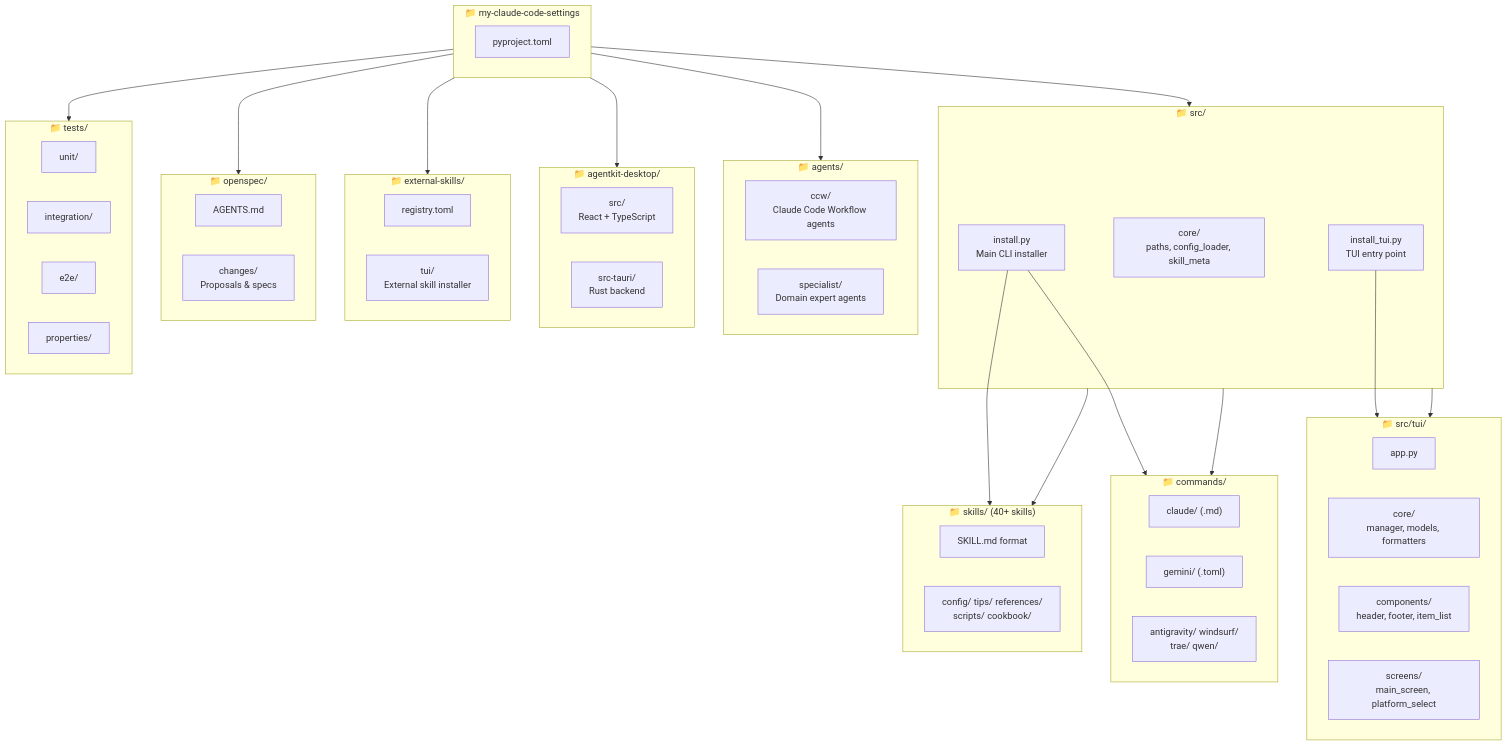
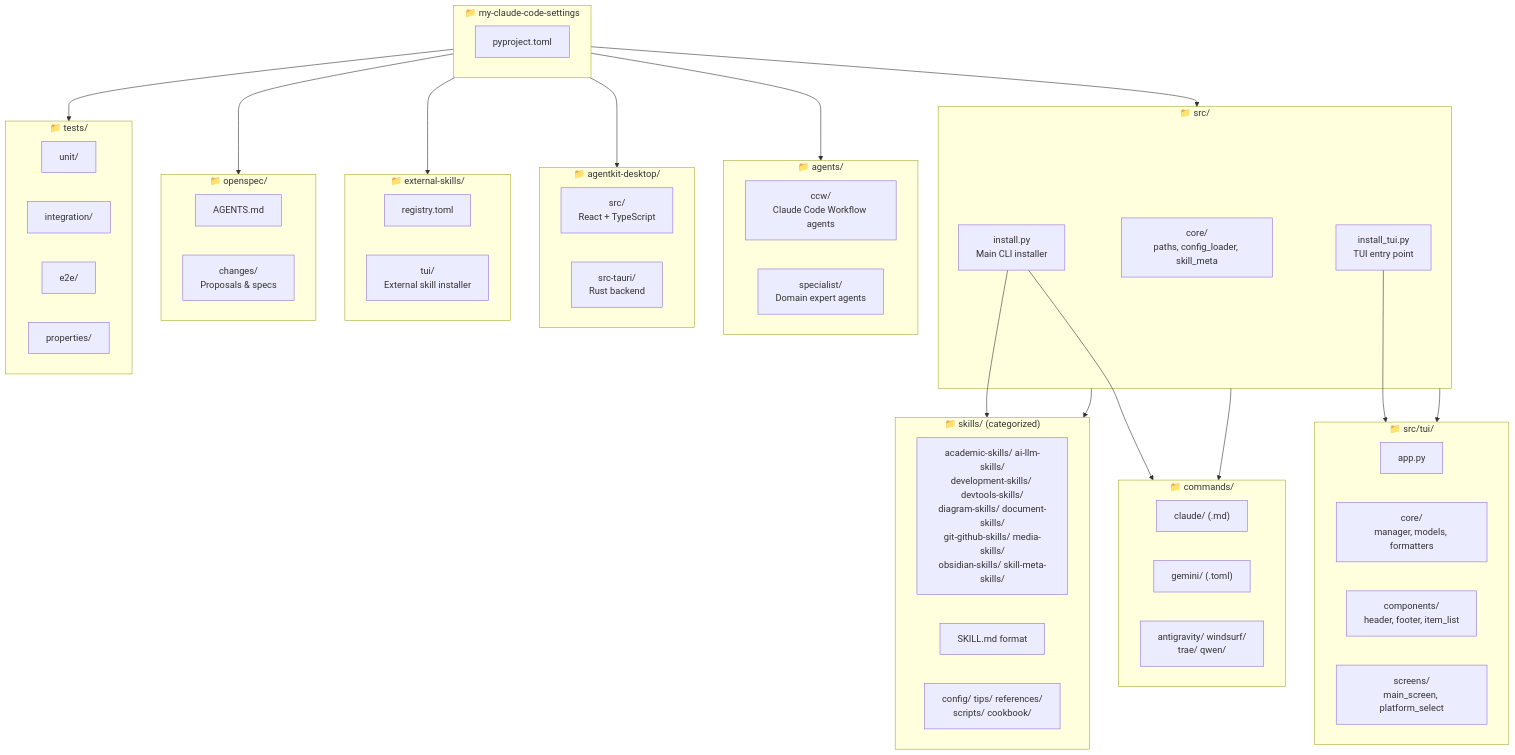
The diagram in CLAUDE.md (bahayonghang/my-ai-cli-toolkit), drawn with Mermaid before and after one commit. The commit also changed other lines of this file and 1 other file, not shown here.

````diff
--- a/CLAUDE.md
+++ b/CLAUDE.md
@@ -38,71 +38,72 @@
 ```mermaid
 graph TB
     subgraph Root["📁 my-claude-code-settings"]
         pyproject["pyproject.toml"]
     end
 
     subgraph Src["📁 src/"]
         install["install.py<br/>Main CLI installer"]
         install_tui["install_tui.py<br/>TUI entry point"]
         core_mod["core/<br/>paths, config_loader, skill_meta"]
     end
 
-    subgraph Skills["📁 skills/ (40+ skills)"]
+    subgraph Skills["📁 skills/ (categorized)"]
+        skill_cats["academic-skills/ ai-llm-skills/<br/>development-skills/ devtools-skills/<br/>diagram-skills/ document-skills/<br/>git-github-skills/ media-skills/<br/>obsidian-skills/ skill-meta-skills/"]
         skill_md["SKILL.md format"]
         skill_dirs["config/ tips/ references/<br/>scripts/ cookbook/"]
     end
 
     subgraph Commands["📁 commands/"]
         claude_cmd["claude/ (.md)"]
         gemini_cmd["gemini/ (.toml)"]
         other_cmd["antigravity/ windsurf/<br/>trae/ qwen/"]
     end
 
     subgraph TUI["📁 src/tui/"]
         tui_app["app.py"]
         tui_core["core/<br/>manager, models, formatters"]
         tui_comp["components/<br/>header, footer, item_list"]
         tui_screens["screens/<br/>main_screen, platform_select"]
     end
 
     subgraph Agents["📁 agents/"]
         ccw["ccw/<br/>Claude Code Workflow agents"]
         specialist["specialist/<br/>Domain expert agents"]
     end
 
     subgraph AgentKit["📁 agentkit-desktop/"]
         ak_src["src/<br/>React + TypeScript"]
         ak_tauri["src-tauri/<br/>Rust backend"]
     end
 
     subgraph External["📁 external-skills/"]
         ext_registry["registry.toml"]
         ext_tui["tui/<br/>External skill installer"]
     end
 
     subgraph OpenSpec["📁 openspec/"]
         os_agents["AGENTS.md"]
         os_changes["changes/<br/>Proposals & specs"]
     end
 
     subgraph Tests["📁 tests/"]
         test_unit["unit/"]
         test_int["integration/"]
         test_e2e["e2e/"]
         test_prop["properties/"]
     end
 
     Root --> Src
     Src --> Skills
     Src --> Commands
     Src --> TUI
     Root --> Agents
     Root --> AgentKit
     Root --> External
     Root --> OpenSpec
     Root --> Tests
 
     install --> Skills
     install --> Commands
     install_tui --> TUI
 ```
````
